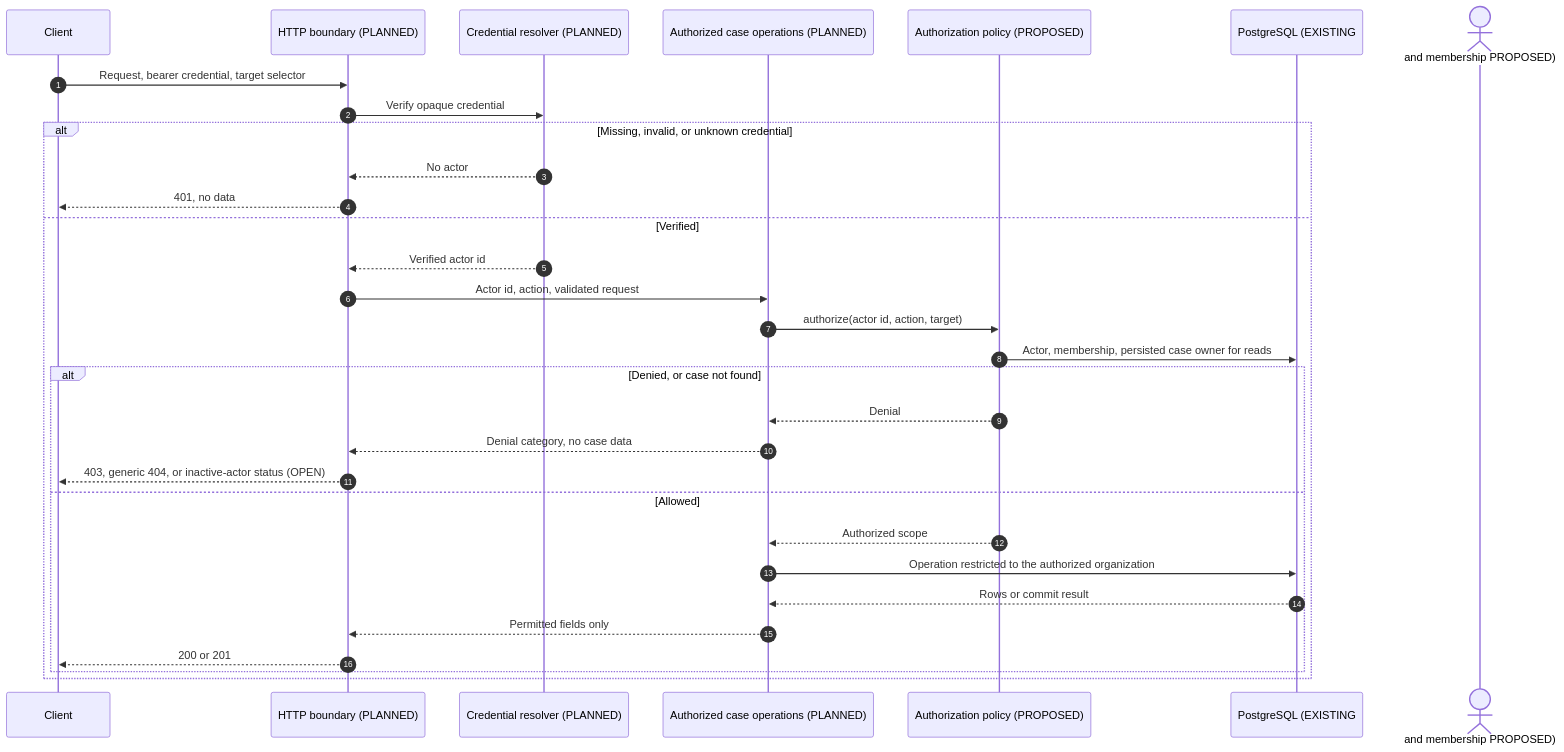
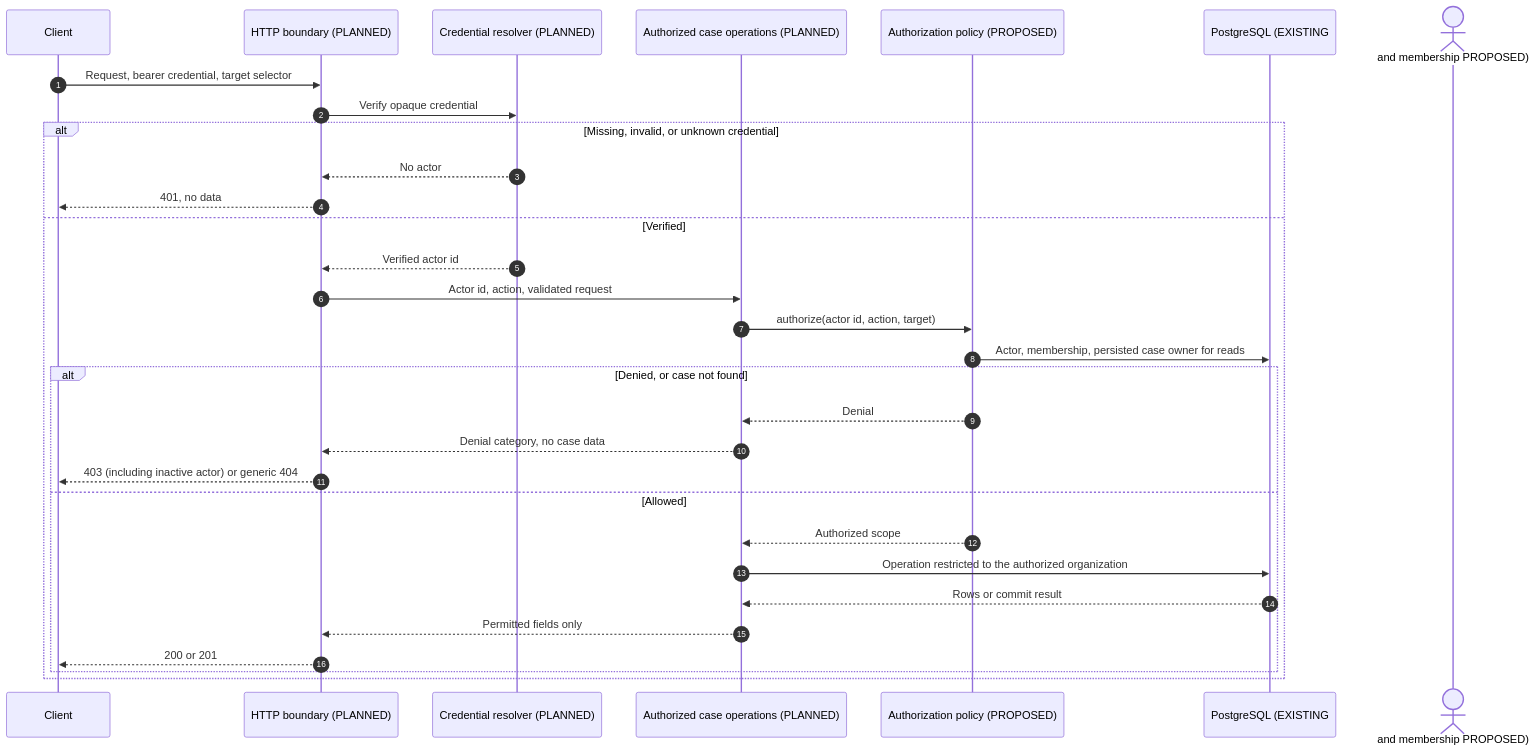
One commit to asadhanif3188/Enterprise-AI-Service-Operations changed the diagram in docs/authentication-authorization-sequence.md. Above: the diagram before and after it, drawn with Mermaid. The commit also changed other lines of this file and 9 other files, not shown here.

````diff
--- a/docs/authentication-authorization-sequence.md
+++ b/docs/authentication-authorization-sequence.md
@@ -71,32 +71,32 @@
 ```mermaid
 sequenceDiagram
     autonumber
     participant C as Client
     participant API as HTTP boundary (PLANNED)
     participant AN as Credential resolver (PLANNED)
     participant OPS as Authorized case operations (PLANNED)
     participant POL as Authorization policy (PROPOSED)
     participant DB as PostgreSQL (EXISTING; actor and membership PROPOSED)
     C->>API: Request, bearer credential, target selector
     API->>AN: Verify opaque credential
     alt Missing, invalid, or unknown credential
         AN-->>API: No actor
         API-->>C: 401, no data
     else Verified
         AN-->>API: Verified actor id
         API->>OPS: Actor id, action, validated request
         OPS->>POL: authorize(actor id, action, target)
         POL->>DB: Actor, membership, persisted case owner for reads
         alt Denied, or case not found
             POL-->>OPS: Denial
             OPS-->>API: Denial category, no case data
-            API-->>C: 403, generic 404, or inactive-actor status (OPEN)
+            API-->>C: 403 (including inactive actor) or generic 404
         else Allowed
             POL-->>OPS: Authorized scope
             OPS->>DB: Operation restricted to the authorized organization
             DB-->>OPS: Rows or commit result
             OPS-->>API: Permitted fields only
             API-->>C: 200 or 201
         end
     end
 ```
````
